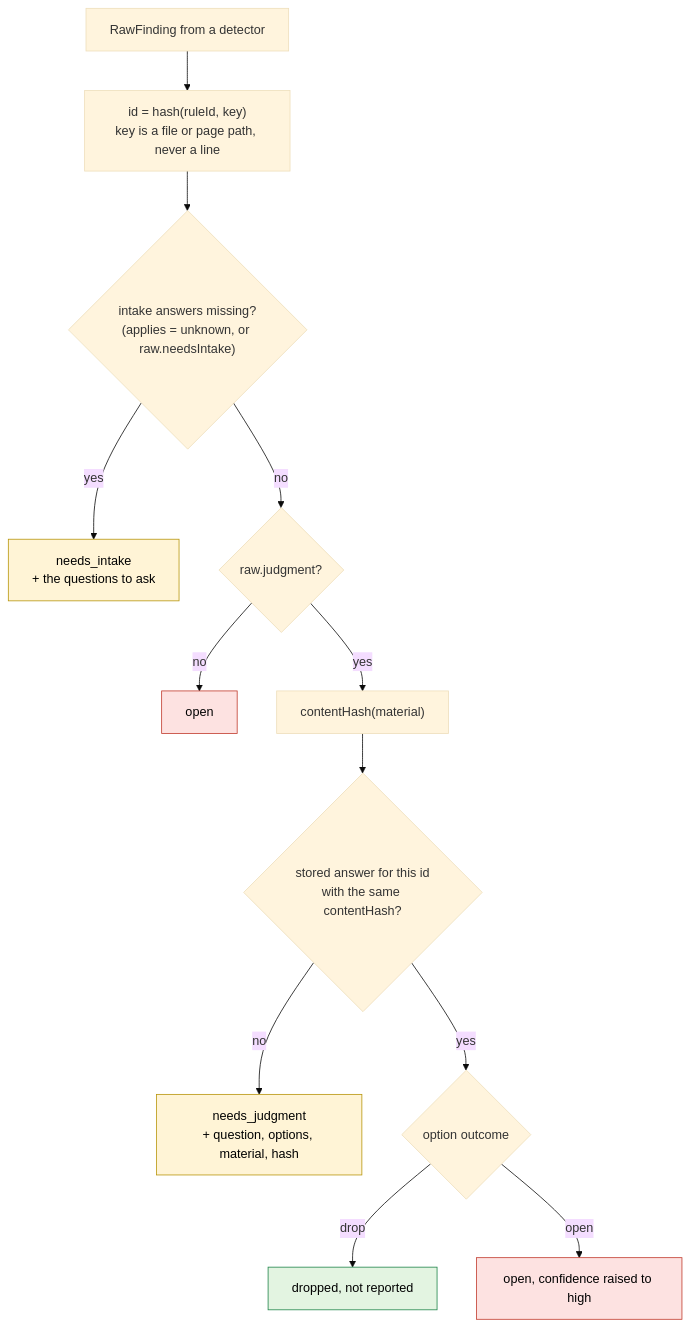
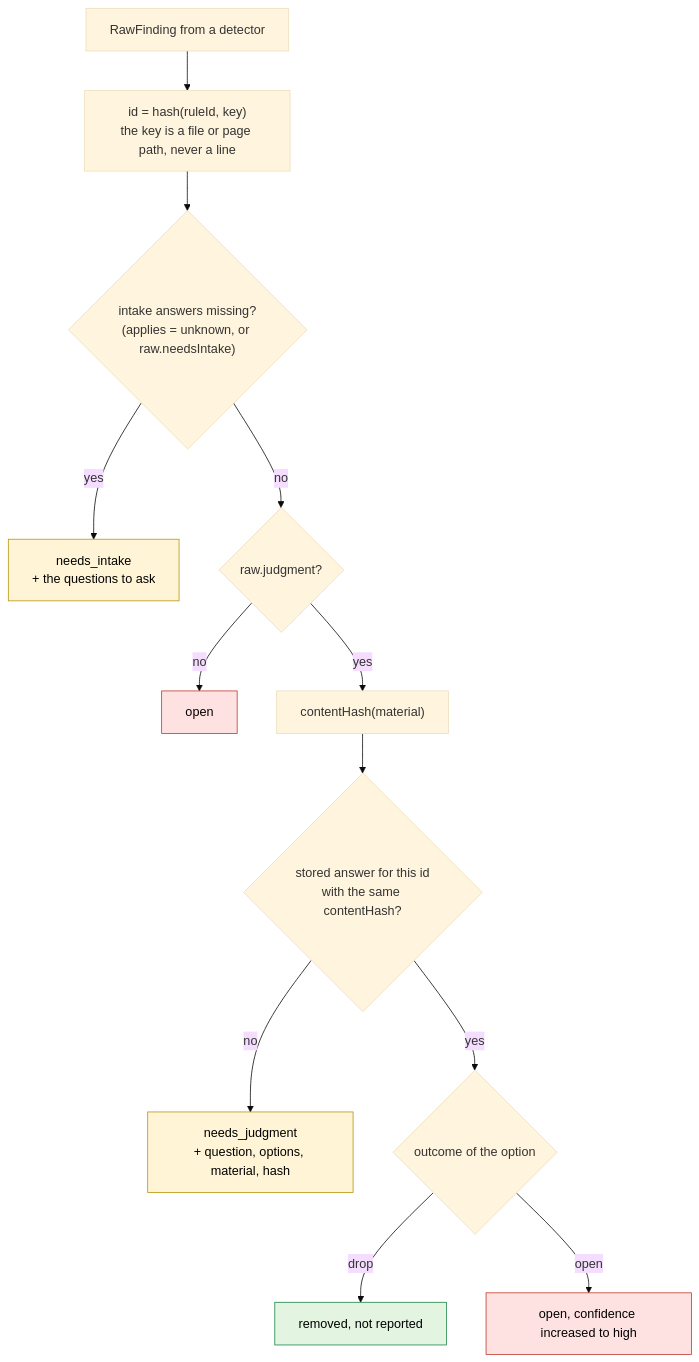
Before and after one commit to raghavg27/legal-linter: the third of 13 diagrams in docs/architecture.md, drawn with Mermaid (base theme). The commit also changed other lines of this file and 7 other files, not shown here.

Commit message:
docs: rewrite README, CLAUDE.md, contributor docs and architecture diagrams in ASD-STE100 style

````diff
--- a/docs/architecture.md
+++ b/docs/architecture.md
@@ -93,21 +93,21 @@
 ```mermaid
 flowchart TD
-  raw["RawFinding from a detector"] --> id["id = hash(ruleId, key)<br/>key is a file or page path, never a line"]
+  raw["RawFinding from a detector"] --> id["id = hash(ruleId, key)<br/>the key is a file or page path, never a line"]
   id --> miss{"intake answers missing?<br/>(applies = unknown, or raw.needsIntake)"}
   miss -->|yes| ni["needs_intake<br/>+ the questions to ask"]
   miss -->|no| hasj{"raw.judgment?"}
   hasj -->|no| open["open"]
   hasj -->|yes| hash["contentHash(material)"]
   hash --> stored{"stored answer for this id<br/>with the same contentHash?"}
   stored -->|no| nj["needs_judgment<br/>+ question, options, material, hash"]
-  stored -->|yes| out{"option outcome"}
-  out -->|drop| gone["dropped, not reported"]
-  out -->|open| openhi["open, confidence raised to high"]
+  stored -->|yes| out{"outcome of the option"}
+  out -->|drop| gone["removed, not reported"]
+  out -->|open| openhi["open, confidence increased to high"]
 
   classDef fail fill:#fde2e1,stroke:#c0392b,color:#000
   classDef wait fill:#fff4d6,stroke:#b7950b,color:#000
   classDef quiet fill:#e3f4e1,stroke:#1e8449,color:#000
   class open,openhi fail
   class ni,nj wait
   class gone quiet
 ```
````
